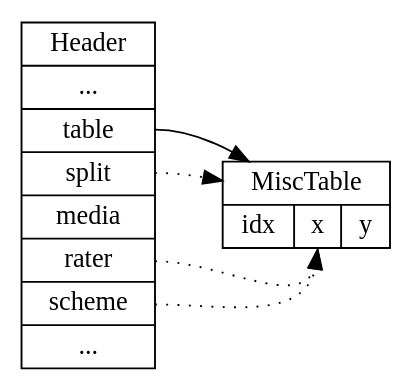
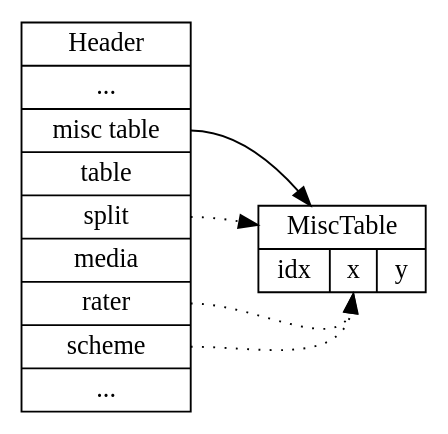
One commit to audeering/audformat changed the diagram in docs/pics/audformat-misc-table.dot. Above: the diagram before and after it, drawn with Graphviz. The commit also changed 1 other file, not shown here.

Commit message:
Improve misc table sketch

```diff
--- a/docs/pics/audformat-misc-table.dot
+++ b/docs/pics/audformat-misc-table.dot
@@ -1,14 +1,14 @@
 digraph structs {
 
     rankdir=LR
     node[shape=record]
 
-    header [label="Header | ... | <table> table | <split> split | media | <rater> rater | <scheme> scheme | ... "]
+    header [label="Header | ... | <misctable> misc table | <table> table | <split> split | media | <rater> rater | <scheme> scheme | ... "]
     table [label="MiscTable | { idx | <column> x | y }"]
 
     header:split -> table [style="dotted"]
     header:rater -> table:column [style="dotted"]
     header:scheme -> table:column [style="dotted"]
-    header:table -> table
+    header:misctable -> table
 
 }
```
